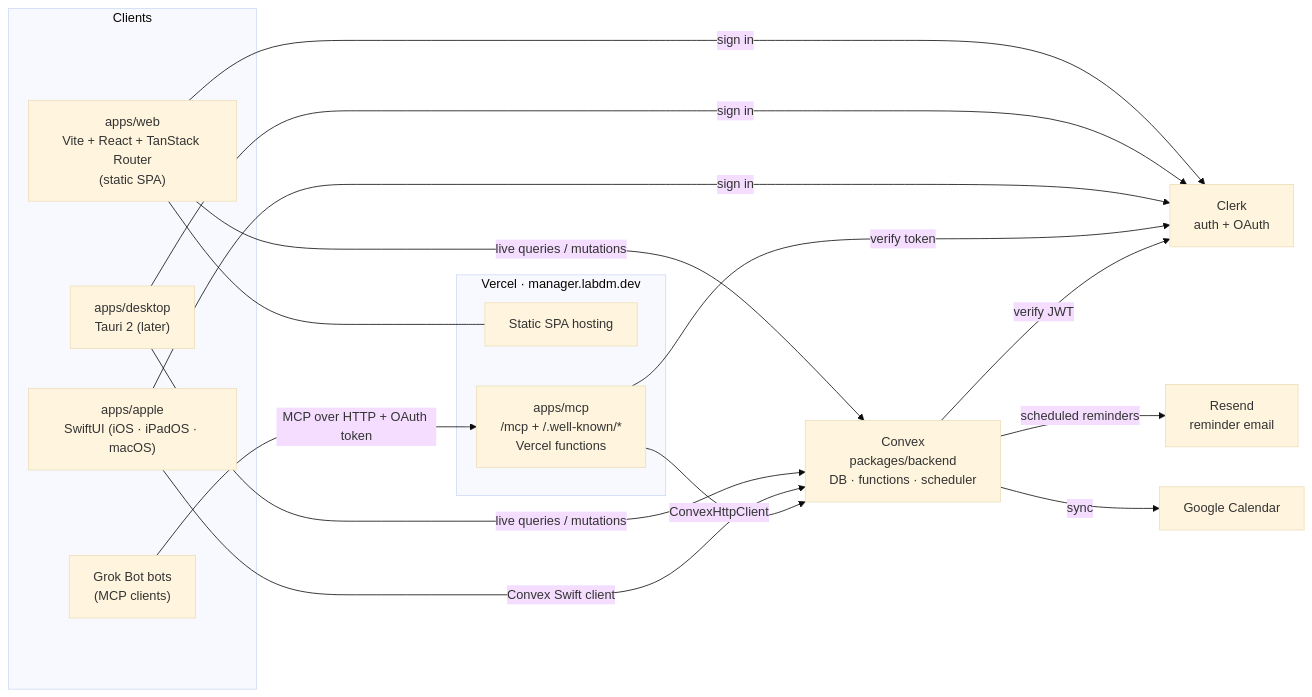
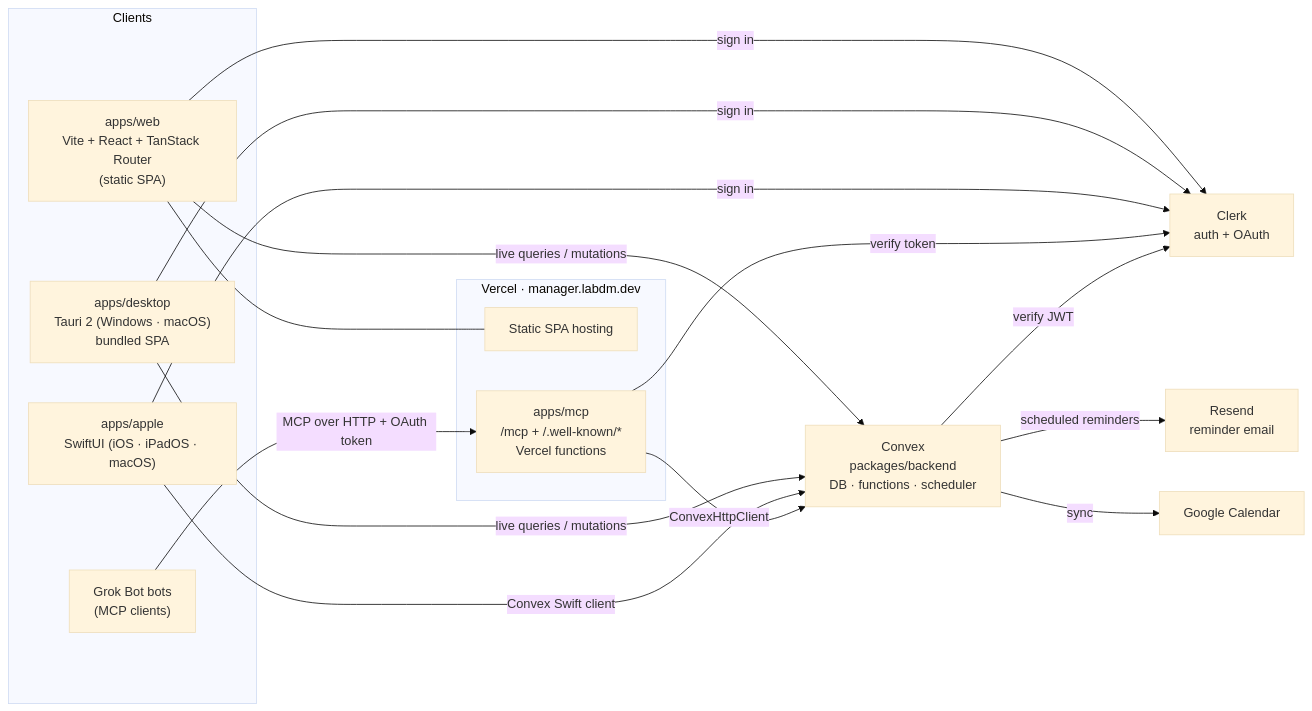
The first of 2 diagrams in docs/architecture.md (labdm/manager), drawn with Mermaid (base theme) before and after one commit. The commit also changed other lines of this file and 96 other files, not shown here.

First line of the commit message:
feat: add Tauri desktop client and release pipeline

````diff
--- a/docs/architecture.md
+++ b/docs/architecture.md
@@ -7,31 +7,31 @@
 ```mermaid
 flowchart LR
   subgraph Clients
     WEB["apps/web<br/>Vite + React + TanStack Router<br/>(static SPA)"]
-    DESK["apps/desktop<br/>Tauri 2 (later)"]
+    DESK["apps/desktop<br/>Tauri 2 (Windows · macOS)<br/>bundled SPA"]
     APPLE["apps/apple<br/>SwiftUI (iOS · iPadOS · macOS)"]
     BOTS["Grok Bot bots<br/>(MCP clients)"]
   end
 
   subgraph Vercel["Vercel · manager.labdm.dev"]
     STATIC["Static SPA hosting"]
     MCP["apps/mcp<br/>/mcp + /.well-known/*<br/>Vercel functions"]
   end
 
   CLERK["Clerk<br/>auth + OAuth"]
   CONVEX["Convex<br/>packages/backend<br/>DB · functions · scheduler"]
   RESEND["Resend<br/>reminder email"]
   GCAL["Google Calendar"]
 
   WEB --- STATIC
   WEB -- live queries / mutations --> CONVEX
   DESK -- live queries / mutations --> CONVEX
   APPLE -- Convex Swift client --> CONVEX
   BOTS -- MCP over HTTP + OAuth token --> MCP
   MCP -- ConvexHttpClient --> CONVEX
   WEB & DESK & APPLE -- sign in --> CLERK
   MCP -- verify token --> CLERK
   CONVEX -- verify JWT --> CLERK
   CONVEX -- scheduled reminders --> RESEND
   CONVEX -- sync --> GCAL
 ```
````
